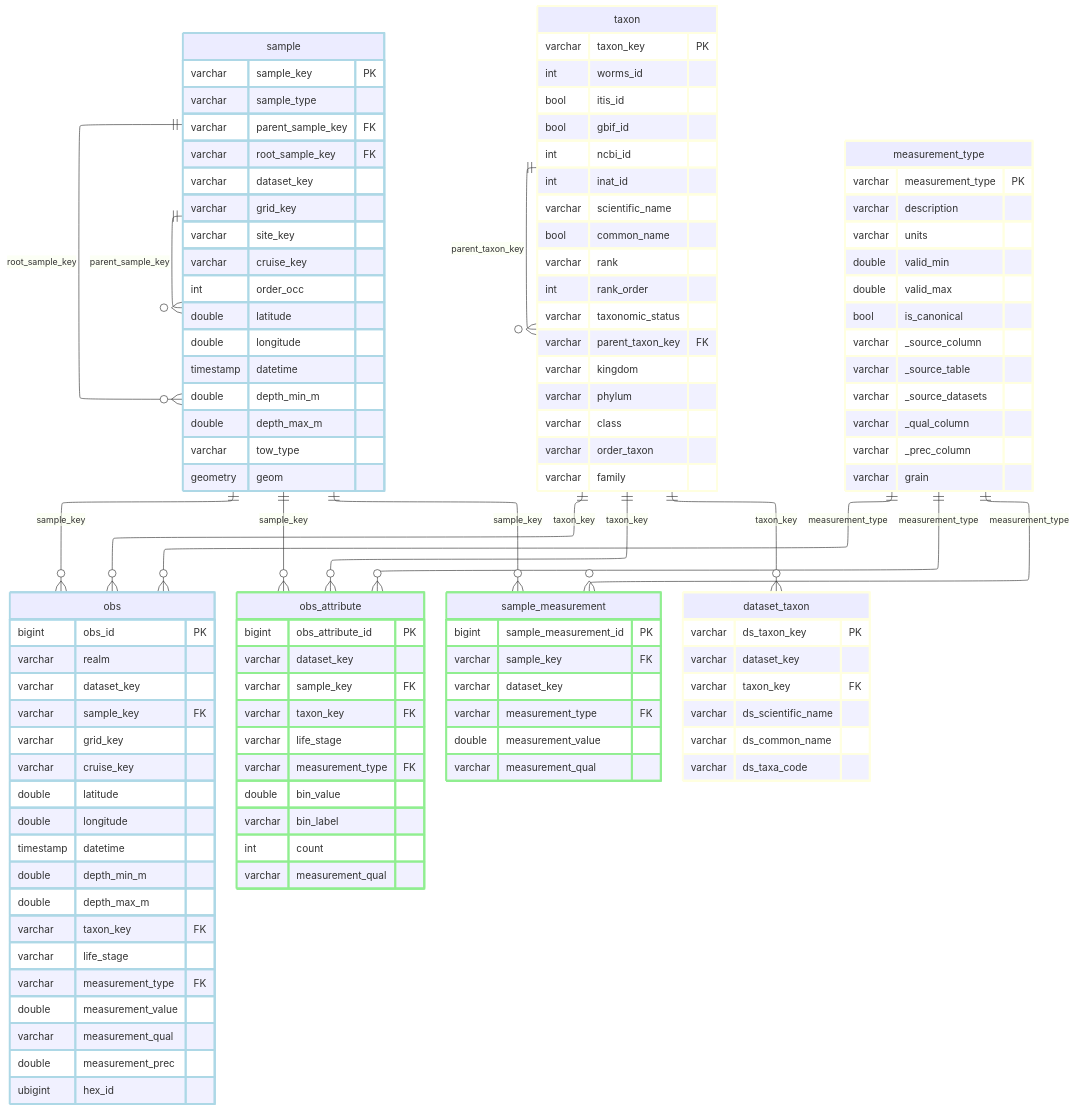
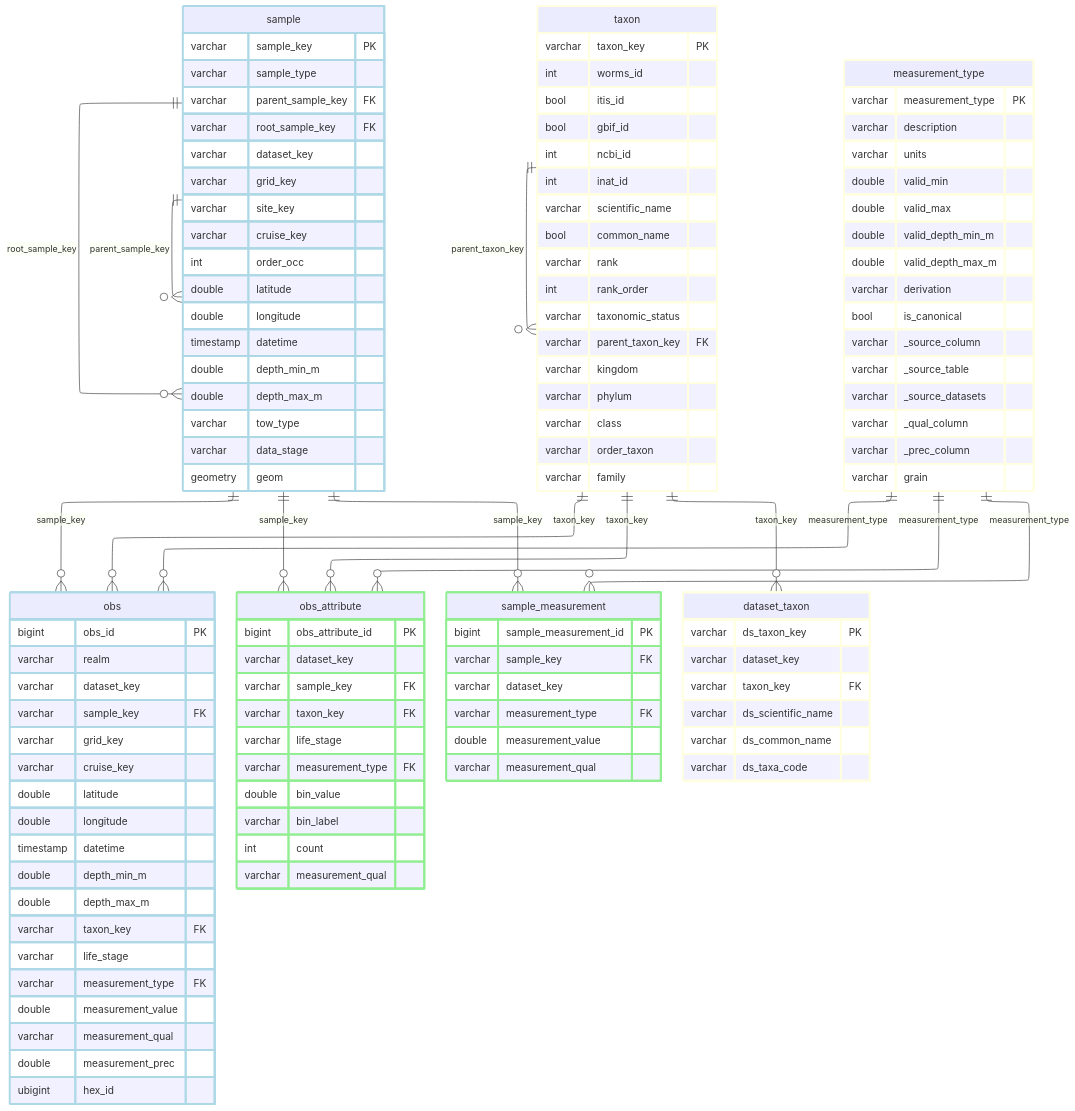
One commit to CalCOFI/workflows changed the diagram in _output/ingest_cdfw_dungeness-crab_files/figure-html/schema-core-1.mmd. Above: the diagram before and after it, drawn with Mermaid. The commit also changed 92 other files, not shown here.

```diff
--- a/_output/ingest_cdfw_dungeness-crab_files/figure-html/schema-core-1.mmd
+++ b/_output/ingest_cdfw_dungeness-crab_files/figure-html/schema-core-1.mmd
@@ -1,122 +1,126 @@
 ---
 config:
   layout: elk
 ---
 erDiagram
     sample {
         varchar sample_key PK
         varchar sample_type
         varchar parent_sample_key FK
         varchar root_sample_key FK
         varchar dataset_key
         varchar grid_key
         varchar site_key
         varchar cruise_key
         int order_occ
         double latitude
         double longitude
         timestamp datetime
         double depth_min_m
         double depth_max_m
         varchar tow_type
+        varchar data_stage
         geometry geom
     }
     obs {
         bigint obs_id PK
         varchar realm
         varchar dataset_key
         varchar sample_key FK
         varchar grid_key
         varchar cruise_key
         double latitude
         double longitude
         timestamp datetime
         double depth_min_m
         double depth_max_m
         varchar taxon_key FK
         varchar life_stage
         varchar measurement_type FK
         double measurement_value
         varchar measurement_qual
         double measurement_prec
         ubigint hex_id
     }
     obs_attribute {
         bigint obs_attribute_id PK
         varchar dataset_key
         varchar sample_key FK
         varchar taxon_key FK
         varchar life_stage
         varchar measurement_type FK
         double bin_value
         varchar bin_label
         int count
         varchar measurement_qual
     }
     sample_measurement {
         bigint sample_measurement_id PK
         varchar sample_key FK
         varchar dataset_key
         varchar measurement_type FK
         double measurement_value
         varchar measurement_qual
     }
     taxon {
         varchar taxon_key PK
         int worms_id
         bool itis_id
         bool gbif_id
         int ncbi_id
         int inat_id
         varchar scientific_name
         bool common_name
         varchar rank
         int rank_order
         varchar taxonomic_status
         varchar parent_taxon_key FK
         varchar kingdom
         varchar phylum
         varchar class
         varchar order_taxon
         varchar family
     }
     dataset_taxon {
         varchar ds_taxon_key PK
         varchar dataset_key
         varchar taxon_key FK
         varchar ds_scientific_name
         varchar ds_common_name
         varchar ds_taxa_code
     }
     measurement_type {
         varchar measurement_type PK
         varchar description
         varchar units
         double valid_min
         double valid_max
+        double valid_depth_min_m
+        double valid_depth_max_m
+        varchar derivation
         bool is_canonical
         varchar _source_column
         varchar _source_table
         varchar _source_datasets
         varchar _qual_column
         varchar _prec_column
         varchar grain
     }
     sample ||--o{ sample : "parent_sample_key"
     sample ||--o{ sample : "root_sample_key"
     sample ||--o{ obs : "sample_key"
     taxon ||--o{ obs : "taxon_key"
     measurement_type ||--o{ obs : "measurement_type"
     sample ||--o{ obs_attribute : "sample_key"
     taxon ||--o{ obs_attribute : "taxon_key"
     measurement_type ||--o{ obs_attribute : "measurement_type"
     sample ||--o{ sample_measurement : "sample_key"
     measurement_type ||--o{ sample_measurement : "measurement_type"
     taxon ||--o{ dataset_taxon : "taxon_key"
     taxon ||--o{ taxon : "parent_taxon_key"
     classDef lightblue stroke:#ADD8E6,stroke-width:3px
     class sample,obs lightblue
     classDef lightgreen stroke:#90EE90,stroke-width:3px
     class obs_attribute,sample_measurement lightgreen
     classDef lightyellow stroke:#FFFFE0,stroke-width:3px
     class taxon,dataset_taxon,measurement_type lightyellow
```
